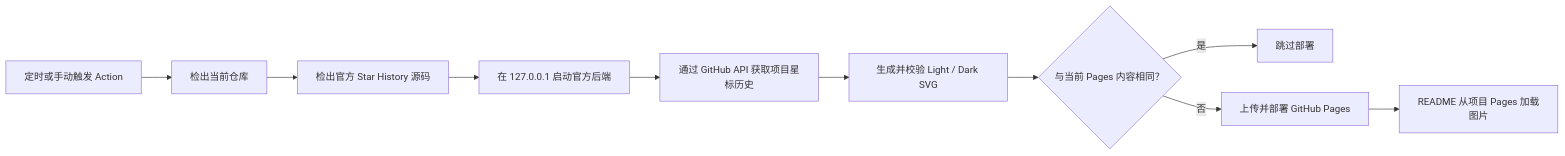
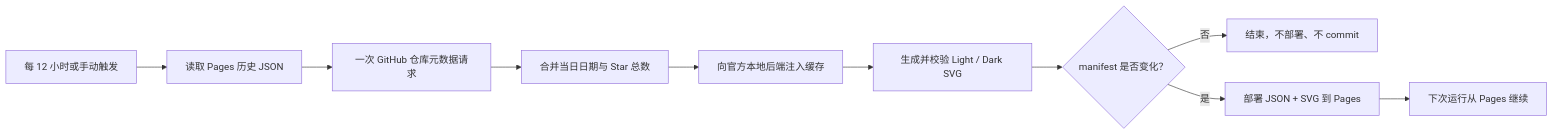
One commit to MDX-Tom/star-history-skill changed the diagram in README.md. Above: the diagram before and after it, drawn with Mermaid. The commit also changed other lines of this file and 11 other files, not shown here.

Commit message:
feat: persist Star History state on Pages

````diff
--- a/README.md
+++ b/README.md
@@ -185,12 +168,12 @@
 ```mermaid
 flowchart LR
-    A["定时或手动触发 Action"] --> B["检出当前仓库"]
-    B --> C["检出官方 Star History 源码"]
-    C --> D["在 127.0.0.1 启动官方后端"]
-    D --> E["通过 GitHub API 获取项目星标历史"]
+    A["每 12 小时或手动触发"] --> B["读取 Pages 历史 JSON"]
+    B --> C["一次 GitHub 仓库元数据请求"]
+    C --> D["合并当日日期与 Star 总数"]
+    D --> E["向官方本地后端注入缓存"]
     E --> F["生成并校验 Light / Dark SVG"]
-    F --> G{"与当前 Pages 内容相同？"}
-    G -->|是| H["跳过部署"]
-    G -->|否| I["上传并部署 GitHub Pages"]
-    I --> J["README 从项目 Pages 加载图片"]
+    F --> G{"manifest 是否变化？"}
+    G -->|否| H["结束，不部署、不 commit"]
+    G -->|是| I["部署 JSON + SVG 到 Pages"]
+    I --> J["下次运行从 Pages 继续"]
 ```
````
